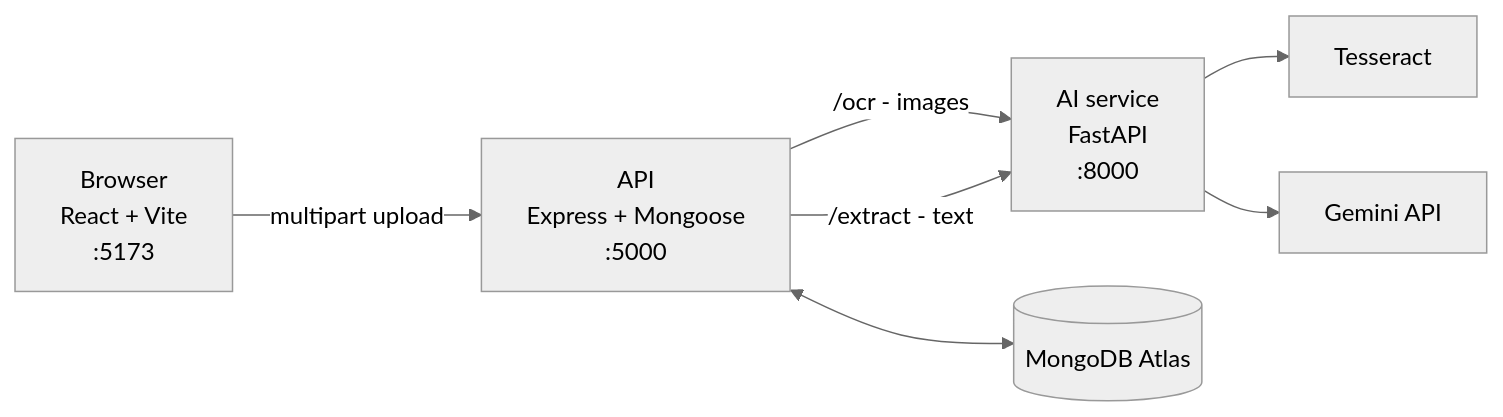
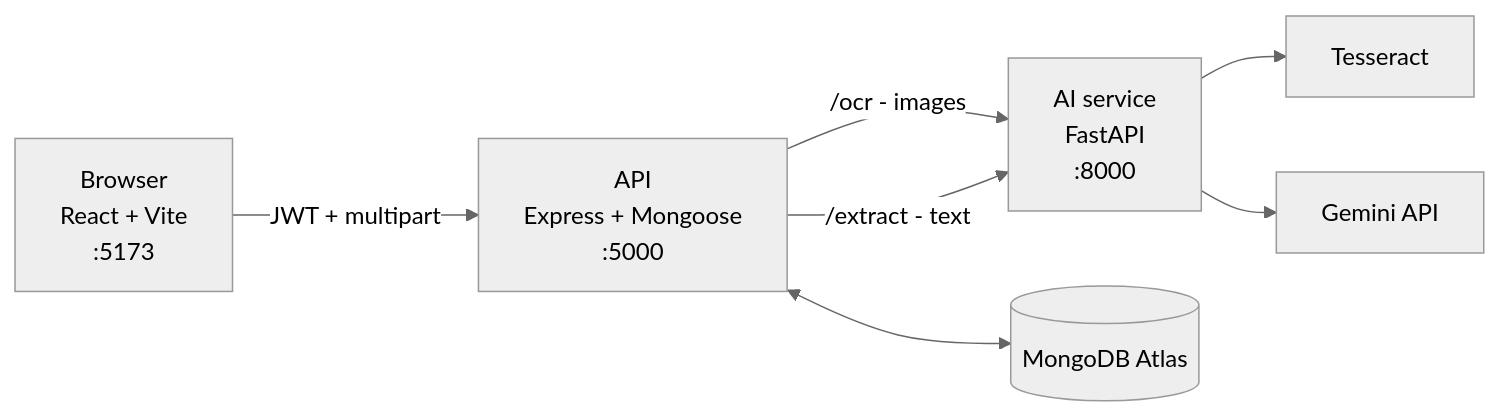
Before and after one commit to ishikabarnwal/Argus: the diagram in README.md, drawn with Mermaid (neutral theme). The commit also changed other lines of this file, not shown here.

````diff
--- a/README.md
+++ b/README.md
@@ -64,16 +77,16 @@
 ```mermaid
 flowchart LR
     B["Browser<br/>React + Vite<br/>:5173"]
     A["API<br/>Express + Mongoose<br/>:5000"]
     P["AI service<br/>FastAPI<br/>:8000"]
     M[("MongoDB Atlas")]
     G["Gemini API"]
     T["Tesseract"]
 
-    B -->|"multipart upload"| A
+    B -->|"JWT + multipart"| A
     A -->|"/ocr - images"| P
     A -->|"/extract - text"| P
     A <--> M
     P --> T
     P --> G
 ```
````
